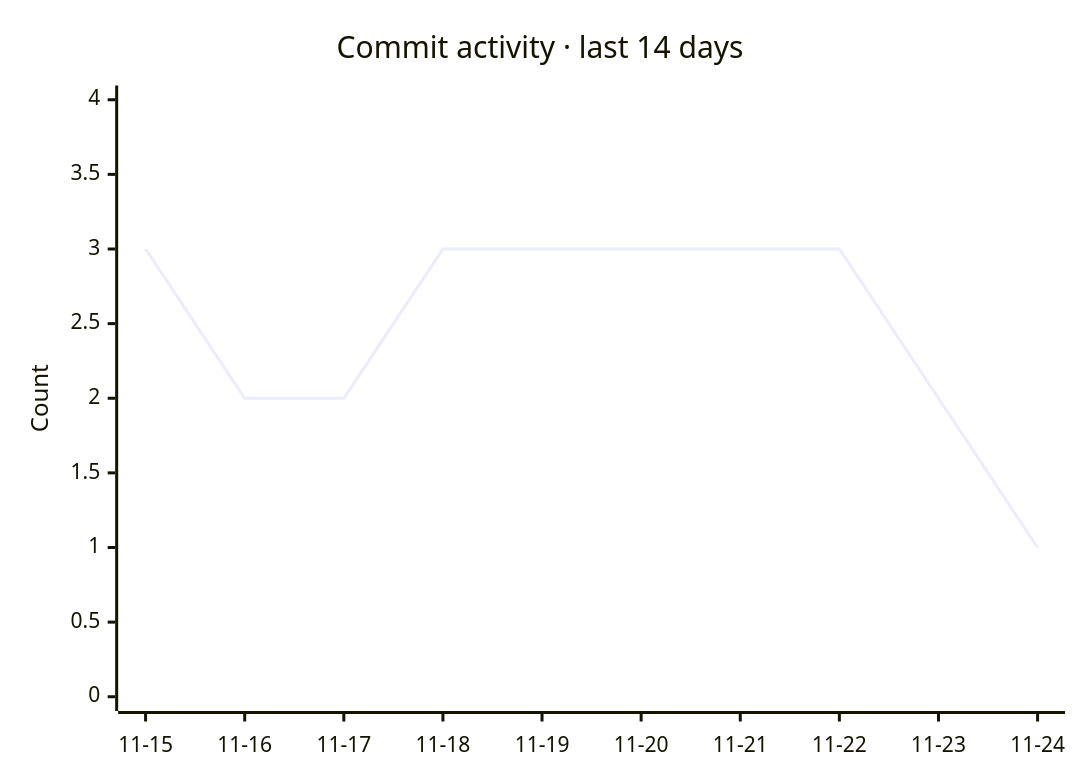
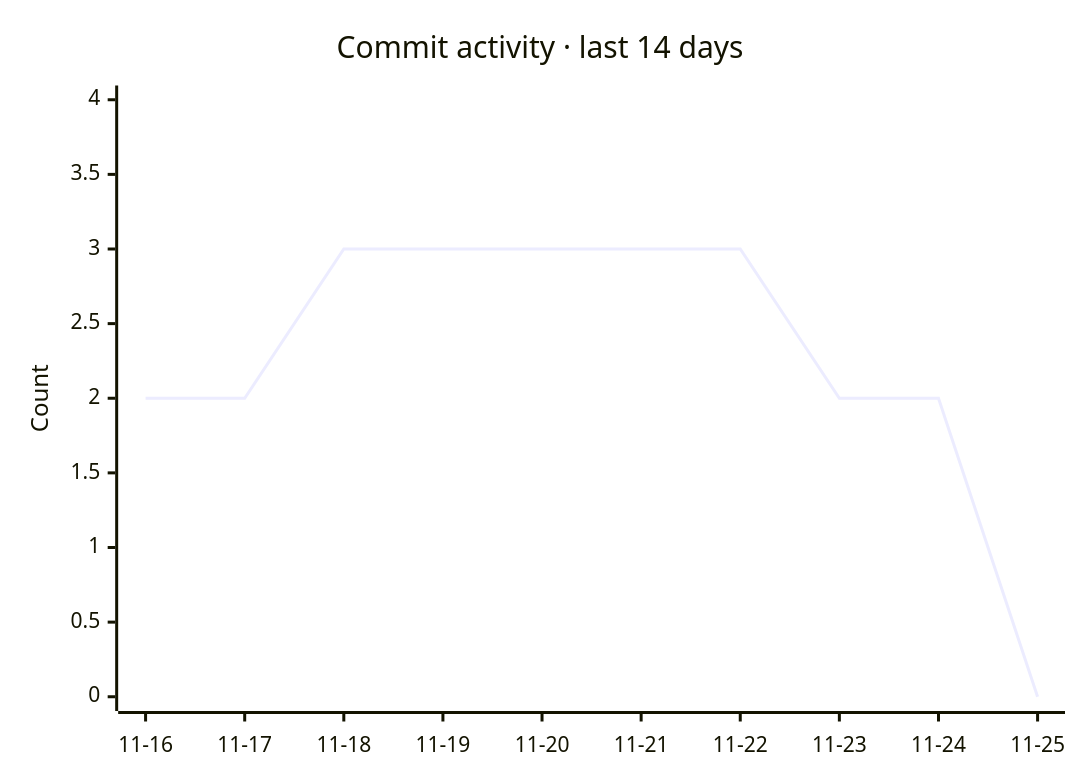
The second of 2 diagrams in README.md (razzaqinspires/whiskay-bot), drawn with Mermaid before and after one commit. The commit also changed other lines of this file and 2 other files, not shown here.

Commit message:
chore(metrics): refresh GitHub traffic and update timestamp [skip ci]

````diff
--- a/README.md
+++ b/README.md
@@ -329,7 +329,7 @@
 ```mermaid
 xychart-beta
     title "Commit activity · last 14 days"
-    x-axis ["11-15", "11-16", "11-17", "11-18", "11-19", "11-20", "11-21", "11-22", "11-23", "11-24"]
+    x-axis ["11-16", "11-17", "11-18", "11-19", "11-20", "11-21", "11-22", "11-23", "11-24", "11-25"]
     y-axis "Count" 0 --> 4
-    line [3, 2, 2, 3, 3, 3, 3, 3, 2, 1]
+    line [2, 2, 3, 3, 3, 3, 3, 2, 2, 0]
 ```
````
